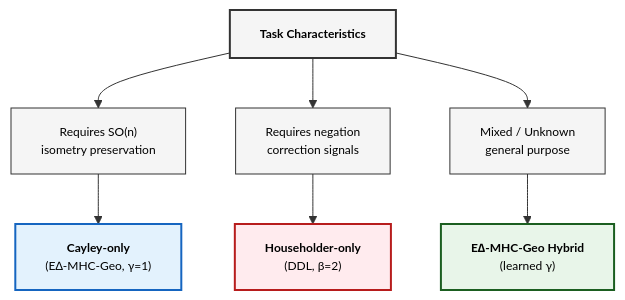
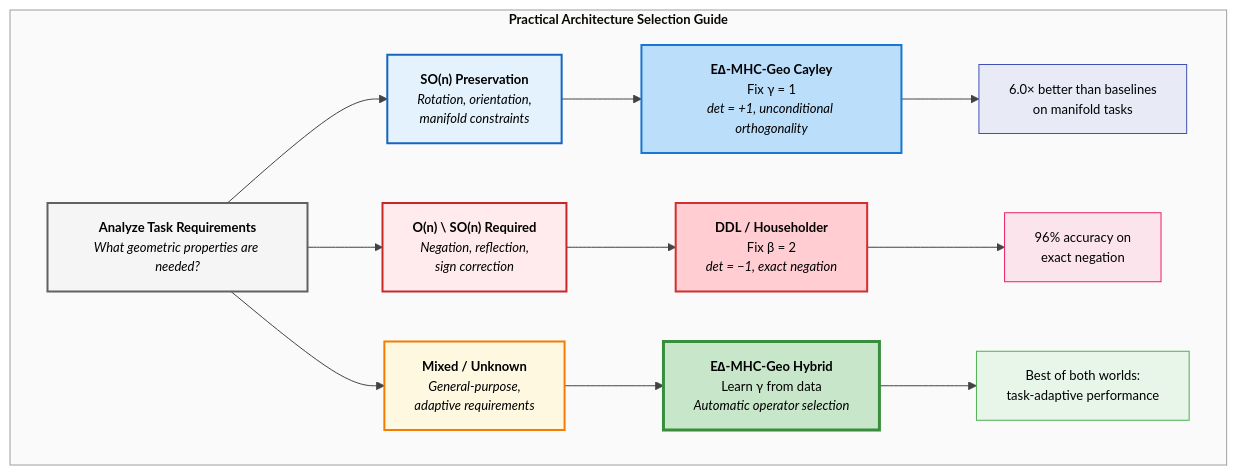
One commit to arash-shahmansoori/edelta changed the tenth of 10 diagrams in docs/RESEARCH.md. Above: the diagram before and after it, drawn with Mermaid. The commit also changed other lines of this file and 4 other files, not shown here.

First line of the commit message:
Enhance RESEARCH.md with publication-quality diagrams and sequential figure numbering

````diff
--- a/docs/RESEARCH.md
+++ b/docs/RESEARCH.md
@@ -1523,21 +1942,31 @@
 ```mermaid
-%%{init: {'theme': 'base', 'themeVariables': { 'fontSize': '12px', 'fontFamily': 'Arial, Helvetica, sans-serif', 'primaryTextColor': '#000000', 'lineColor': '#333333'}}}%%
+%%{init: {'theme': 'base', 'themeVariables': { 'fontSize': '13px', 'fontFamily': 'Georgia, Times New Roman, serif', 'primaryTextColor': '#000000', 'lineColor': '#424242'}}}%%
 flowchart TB
-    Q["<b>Task Characteristics</b>"]
+    subgraph GUIDE["<b>Practical Architecture Selection Guide</b>"]
+        Q["<b>Analyze Task Requirements</b><br/><i>What geometric properties are needed?</i>"]
+        
+        Q --> T1["<b>SO(n) Preservation</b><br/><i>Rotation, orientation,</i><br/><i>manifold constraints</i>"]
+        Q --> T2["<b>O(n) \ SO(n) Required</b><br/><i>Negation, reflection,</i><br/><i>sign correction</i>"]
+        Q --> T3["<b>Mixed / Unknown</b><br/><i>General-purpose,</i><br/><i>adaptive requirements</i>"]
+        
+        T1 --> A1["<b>E∆-MHC-Geo Cayley</b><br/>Fix γ = 1<br/><i>det = +1, unconditional orthogonality</i>"]
+        T2 --> A2["<b>DDL / Householder</b><br/>Fix β = 2<br/><i>det = −1, exact negation</i>"]
+        T3 --> A3["<b>E∆-MHC-Geo Hybrid</b><br/>Learn γ from data<br/><i>Automatic operator selection</i>"]
+        
+        A1 --> PERF1["6.0× better than baselines<br/>on manifold tasks"]
+        A2 --> PERF2["96% accuracy on<br/>exact negation"]
+        A3 --> PERF3["Best of both worlds:<br/>task-adaptive performance"]
+    end
     
-    Q --> T1["Requires SO(n)<br/>isometry preservation"]
-    Q --> T2["Requires negation<br/>correction signals"]
-    Q --> T3["Mixed / Unknown<br/>general purpose"]
-    
-    T1 --> A1["<b>Cayley-only</b><br/>(E∆-MHC-Geo, γ=1)"]
-    T2 --> A2["<b>Householder-only</b><br/>(DDL, β=2)"]
-    T3 --> A3["<b>E∆-MHC-Geo Hybrid</b><br/>(learned γ)"]
-    
-    style Q fill:#f5f5f5,stroke:#333333,stroke-width:2px
-    style T1 fill:#f5f5f5,stroke:#333333,stroke-width:1px
-    style T2 fill:#f5f5f5,stroke:#333333,stroke-width:1px
-    style T3 fill:#f5f5f5,stroke:#333333,stroke-width:1px
-    style A1 fill:#e3f2fd,stroke:#1565c0,stroke-width:2px
-    style A2 fill:#ffebee,stroke:#b71c1c,stroke-width:2px
-    style A3 fill:#e8f5e9,stroke:#1b5e20,stroke-width:2px
+    style Q fill:#f5f5f5,stroke:#616161,stroke-width:2px
+    style T1 fill:#e3f2fd,stroke:#1565c0,stroke-width:2px
+    style T2 fill:#ffebee,stroke:#c62828,stroke-width:2px
+    style T3 fill:#fff8e1,stroke:#f57c00,stroke-width:2px
+    style A1 fill:#bbdefb,stroke:#1976d2,stroke-width:2px
+    style A2 fill:#ffcdd2,stroke:#d32f2f,stroke-width:2px
+    style A3 fill:#c8e6c9,stroke:#388e3c,stroke-width:3px
+    style GUIDE fill:#fafafa,stroke:#9e9e9e,stroke-width:1px
+    style PERF1 fill:#e8eaf6,stroke:#3f51b5,stroke-width:1px
+    style PERF2 fill:#fce4ec,stroke:#e91e63,stroke-width:1px
+    style PERF3 fill:#e8f5e9,stroke:#4caf50,stroke-width:1px
 ```
````
